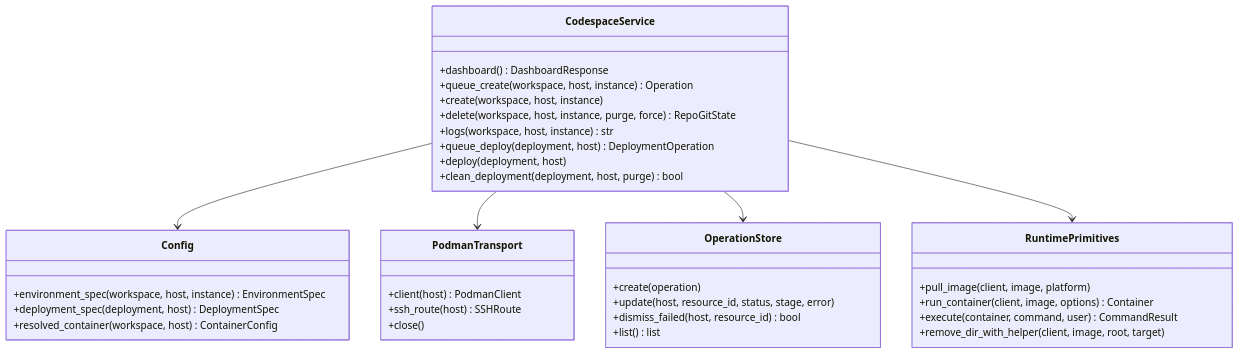
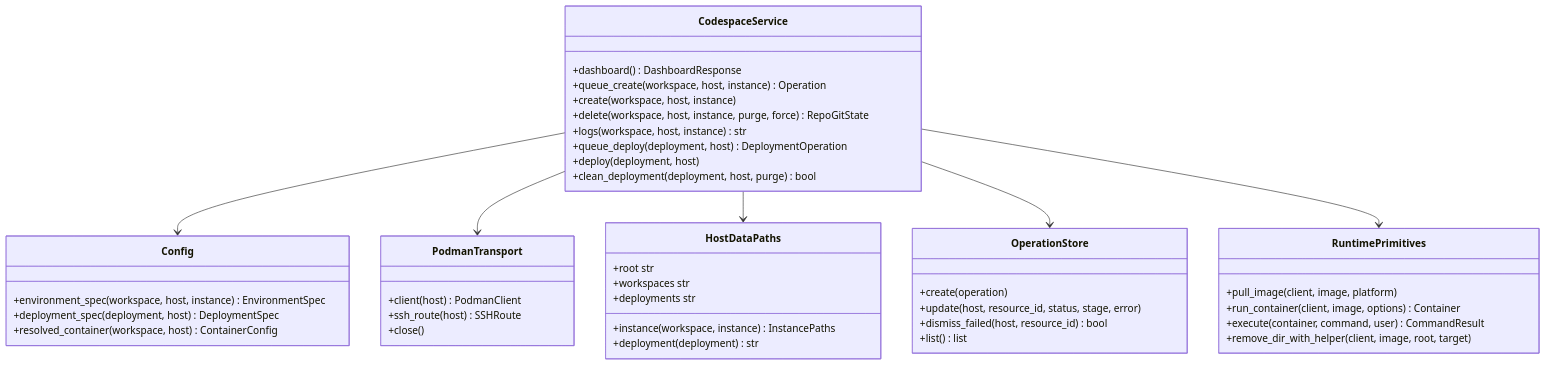
One commit to curoky/codespace changed the ninth of 9 diagrams in controller/DESIGN.md. Above: the diagram before and after it, drawn with Mermaid. The commit also changed other lines of this file and 18 other files, not shown here.

First line of the commit message:
refactor: unify host data paths under ~/codespace

````diff
--- a/controller/DESIGN.md
+++ b/controller/DESIGN.md
@@ -294,44 +293,53 @@
 ```mermaid
 classDiagram
     class Config {
         +environment_spec(workspace, host, instance) EnvironmentSpec
         +deployment_spec(deployment, host) DeploymentSpec
         +resolved_container(workspace, host) ContainerConfig
     }
 
     class CodespaceService {
         +dashboard() DashboardResponse
         +queue_create(workspace, host, instance) Operation
         +create(workspace, host, instance)
         +delete(workspace, host, instance, purge, force) RepoGitState
         +logs(workspace, host, instance) str
         +queue_deploy(deployment, host) DeploymentOperation
         +deploy(deployment, host)
         +clean_deployment(deployment, host, purge) bool
     }
 
     class PodmanTransport {
         +client(host) PodmanClient
         +ssh_route(host) SSHRoute
         +close()
     }
 
+    class HostDataPaths {
+        +root str
+        +workspaces str
+        +deployments str
+        +instance(workspace, instance) InstancePaths
+        +deployment(deployment) str
+    }
+
     class OperationStore {
         +create(operation)
         +update(host, resource_id, status, stage, error)
         +dismiss_failed(host, resource_id) bool
         +list() list
     }
 
     class RuntimePrimitives {
         +pull_image(client, image, platform)
         +run_container(client, image, options) Container
         +execute(container, command, user) CommandResult
         +remove_dir_with_helper(client, image, root, target)
     }
 
     CodespaceService --> Config
     CodespaceService --> PodmanTransport
+    CodespaceService --> HostDataPaths
     CodespaceService --> OperationStore
     CodespaceService --> RuntimePrimitives
 ```
````
